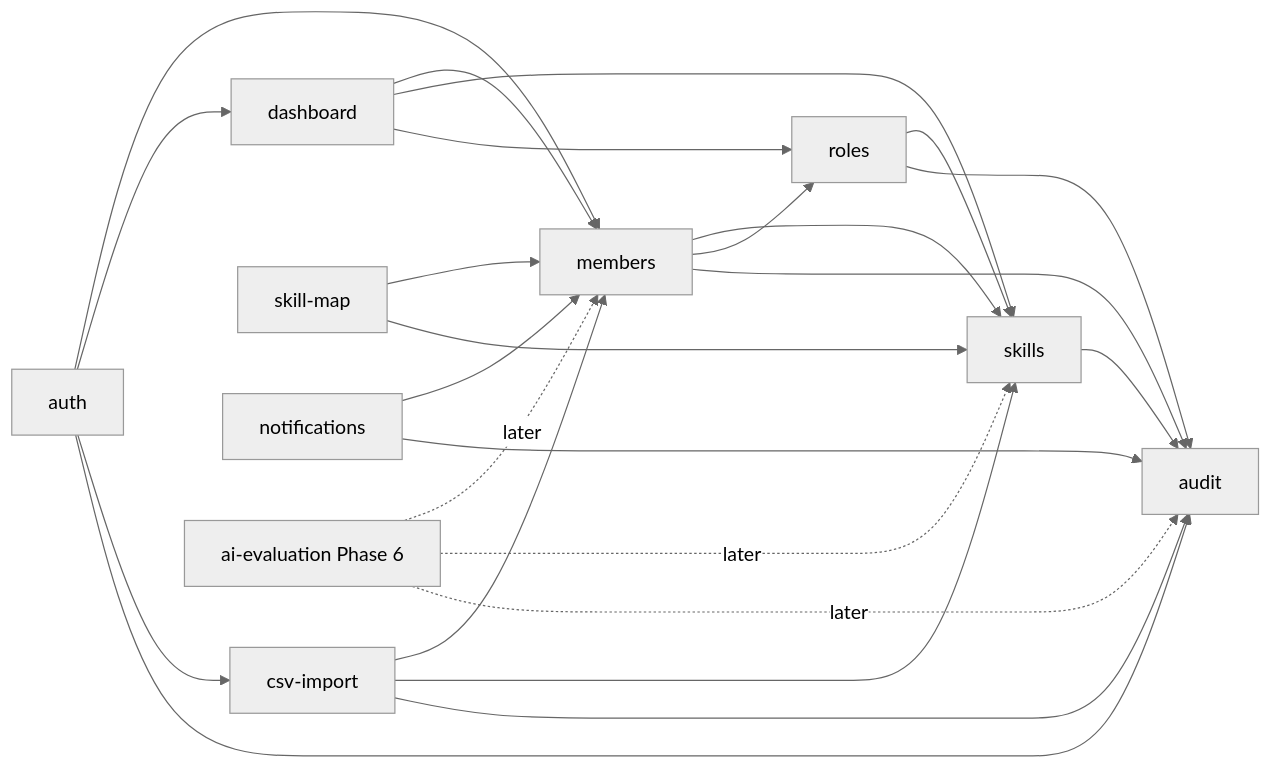
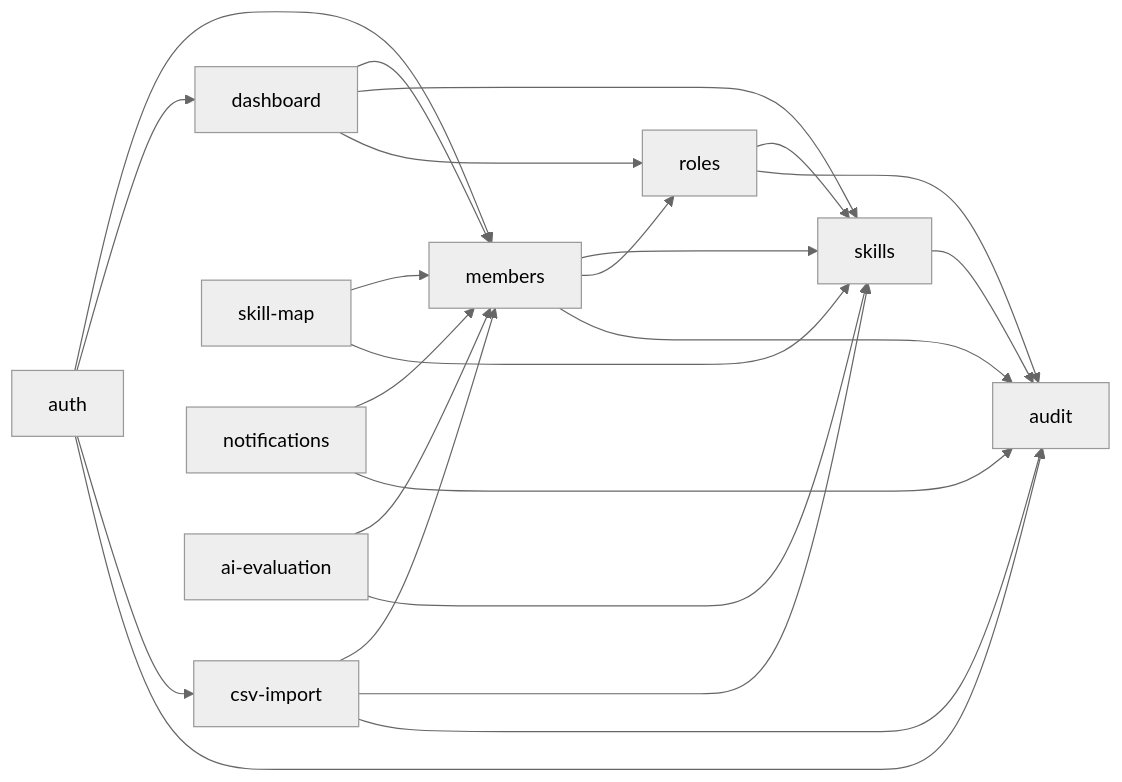
Before and after one commit to yoshiki-mizuho/Beijing-Talentmanegement: the second of 2 diagrams in docs/DOMAIN_DESIGN.md, drawn with Mermaid (neutral theme). The commit also changed other lines of this file and 7 other files, not shown here.

````diff
--- a/docs/DOMAIN_DESIGN.md
+++ b/docs/DOMAIN_DESIGN.md
@@ -188,28 +195,27 @@
 ```mermaid
 flowchart LR
   auth[auth] --> members[members]
   auth --> dashboard[dashboard]
   auth --> csv[csv-import]
   auth --> audit[audit]
 
   members --> skills[skills]
   members --> roles[roles]
   roles --> skills
   skillmap[skill-map] --> members
   skillmap --> skills
   dashboard --> members
   dashboard --> skills
   dashboard --> roles
   csv --> members
   csv --> skills
   csv --> audit
   notifications[notifications] --> members
   notifications --> audit
   members --> audit
   skills --> audit
   roles --> audit
 
-  ai[ai-evaluation Phase 6] -. later .-> members
-  ai -. later .-> skills
-  ai -. later .-> audit
+  ai[ai-evaluation] --> members
+  ai --> skills
 ```
````
